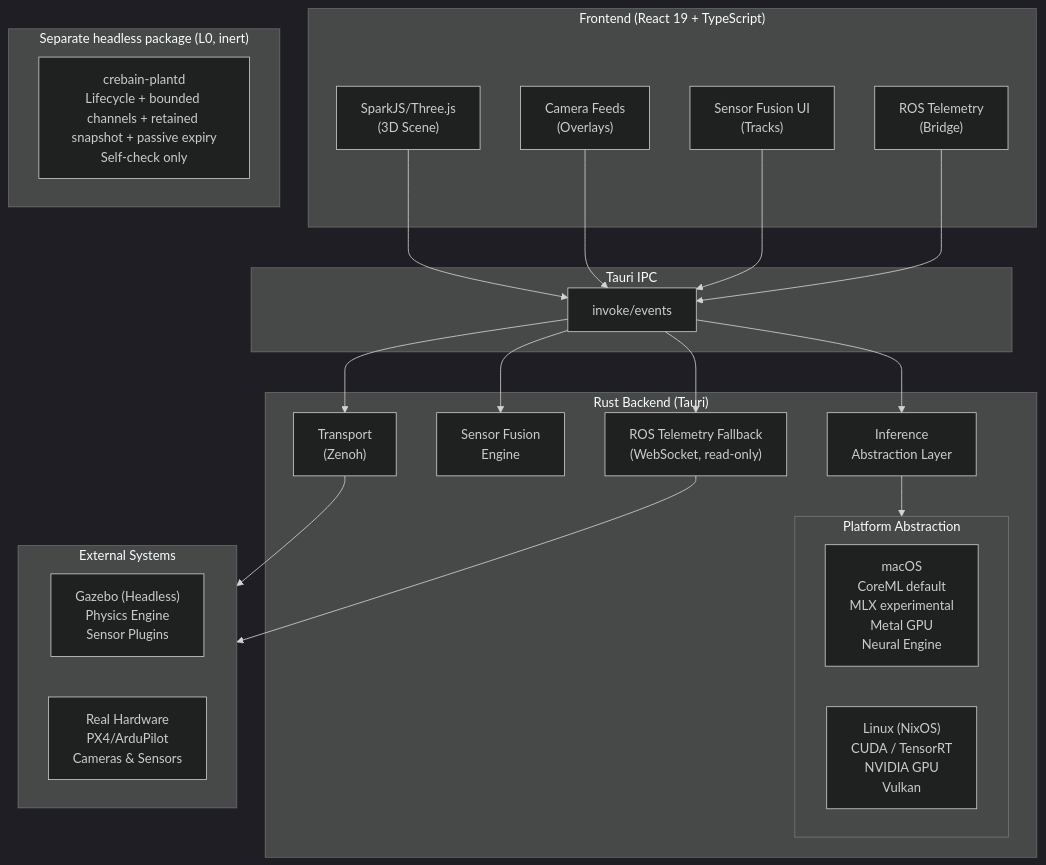
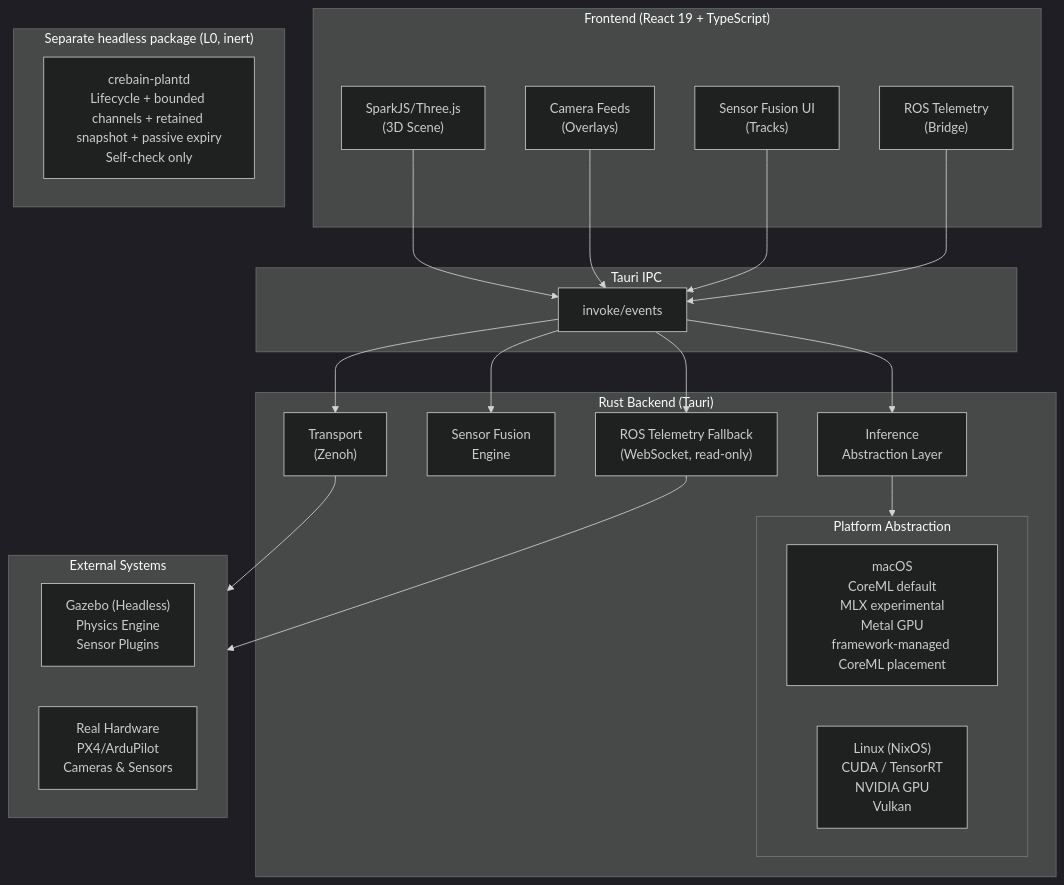
Before and after one commit to sepahead/crebain: the first of 3 diagrams in docs/ARCHITECTURE.md, drawn with Mermaid (dark theme). The commit also changed other lines of this file and 25 other files, not shown here.

````diff
--- a/docs/ARCHITECTURE.md
+++ b/docs/ARCHITECTURE.md
@@ -10,49 +10,49 @@
 ```mermaid
 graph TB
     subgraph Frontend["Frontend (React 19 + TypeScript)"]
         ThreeJS["SparkJS/Three.js<br/>(3D Scene)"]
         CameraFeeds["Camera Feeds<br/>(Overlays)"]
         FusionUI["Sensor Fusion UI<br/>(Tracks)"]
         ROSControls["ROS Telemetry<br/>(Bridge)"]
     end
 
     subgraph IPC["Tauri IPC"]
         Invoke["invoke/events"]
     end
 
     subgraph Backend["Rust Backend (Tauri)"]
         Inference["Inference<br/>Abstraction Layer"]
         SensorFusion["Sensor Fusion<br/>Engine"]
         Zenoh["Transport<br/>(Zenoh)"]
         ROSBridge["ROS Telemetry Fallback<br/>(WebSocket, read-only)"]
 
         subgraph Platform["Platform Abstraction"]
-            macOS["macOS<br/>CoreML default<br/>MLX experimental<br/>Metal GPU<br/>Neural Engine"]
+            macOS["macOS<br/>CoreML default<br/>MLX experimental<br/>Metal GPU<br/>framework-managed CoreML placement"]
             Linux["Linux (NixOS)<br/>CUDA / TensorRT<br/>NVIDIA GPU<br/>Vulkan"]
         end
     end
 
     subgraph PlantFoundation["Separate headless package (L0, inert)"]
         Plantd["crebain-plantd<br/>Lifecycle + bounded channels + retained snapshot + passive expiry<br/>Self-check only"]
     end
 
     subgraph External["External Systems"]
         Gazebo["Gazebo (Headless)<br/>Physics Engine<br/>Sensor Plugins"]
         Hardware["Real Hardware<br/>PX4/ArduPilot<br/>Cameras & Sensors"]
     end
 
     ThreeJS --> Invoke
     CameraFeeds --> Invoke
     FusionUI --> Invoke
     ROSControls --> Invoke
 
     Invoke --> Inference
     Invoke --> SensorFusion
     Invoke --> Zenoh
     Invoke --> ROSBridge
 
     Inference --> Platform
 
     Zenoh --> External
     ROSBridge --> External
 ```
````
